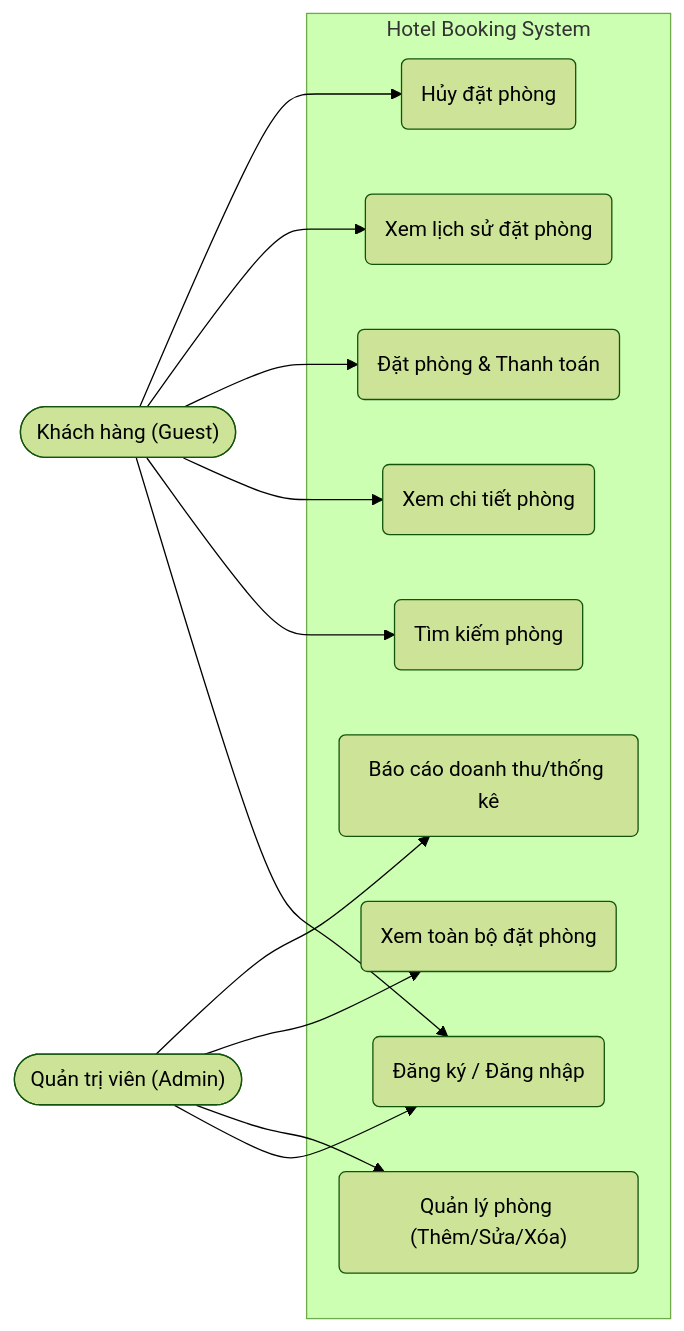
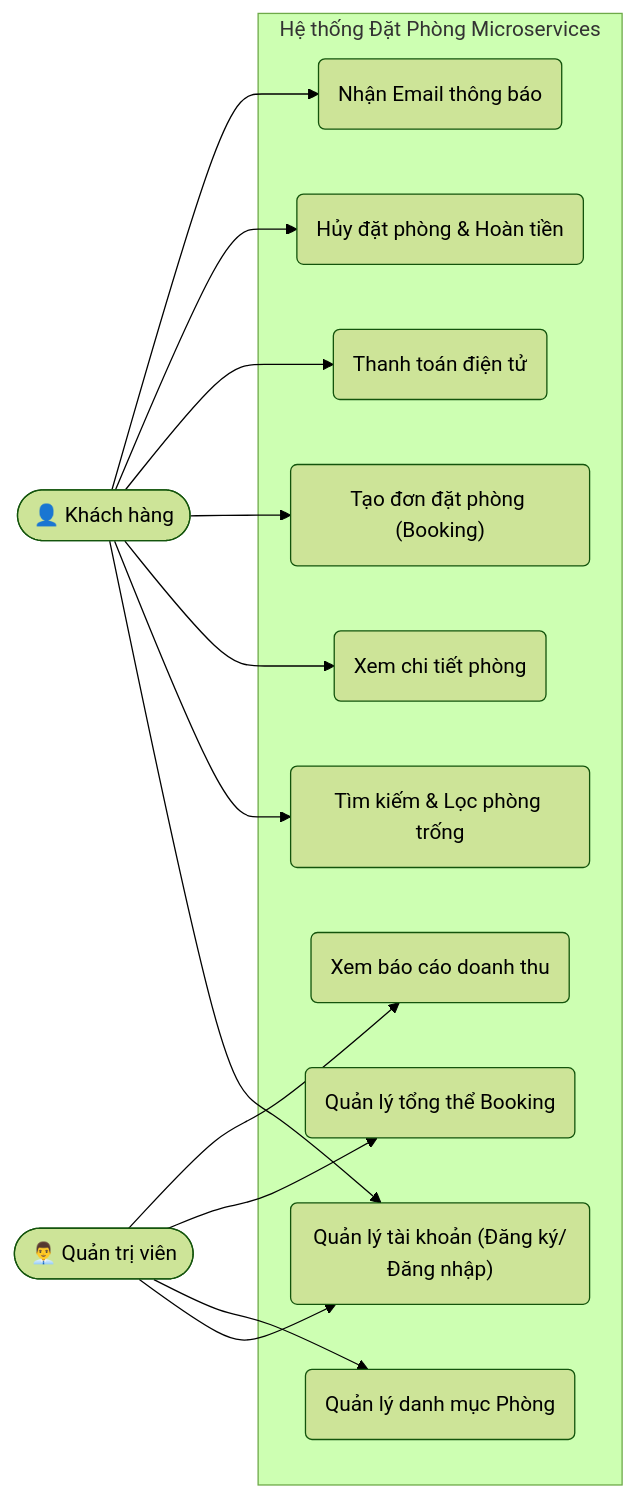
Before and after one commit to DUYSKY12/ex: the first of 5 diagrams in docs/analysis-and-design.md, drawn with Mermaid (forest theme). The commit also changed other lines of this file, not shown here.

````diff
--- a/docs/analysis-and-design.md
+++ b/docs/analysis-and-design.md
@@ -29,34 +50,36 @@
 ```mermaid
 flowchart LR
     %% Actors
-    Guest(["Khách hàng (Guest)"])
-    Admin(["Quản trị viên (Admin)"])
+    Guest(["👤 Khách hàng"])
+    Admin(["👨‍💼 Quản trị viên"])
 
     %% System Boundary
-    subgraph Hotel Booking System
-        UC1("Đăng ký / Đăng nhập")
-        UC2("Tìm kiếm phòng")
+    subgraph Hệ thống Đặt Phòng Microservices
+        UC1("Quản lý tài khoản (Đăng ký/Đăng nhập)")
+        UC2("Tìm kiếm & Lọc phòng trống")
         UC3("Xem chi tiết phòng")
-        UC4("Đặt phòng & Thanh toán")
-        UC5("Xem lịch sử đặt phòng")
-        UC6("Hủy đặt phòng")
+        UC4("Tạo đơn đặt phòng (Booking)")
+        UC5("Thanh toán điện tử")
+        UC6("Hủy đặt phòng & Hoàn tiền")
+        UC7("Nhận Email thông báo")
         
-        UC7("Quản lý phòng (Thêm/Sửa/Xóa)")
-        UC8("Xem toàn bộ đặt phòng")
-        UC9("Báo cáo doanh thu/thống kê")
+        UC8("Quản lý danh mục Phòng")
+        UC9("Quản lý tổng thể Booking")
+        UC10("Xem báo cáo doanh thu")
     end
 
     %% Guest relationships
     Guest --> UC1
     Guest --> UC2
     Guest --> UC3
     Guest --> UC4
     Guest --> UC5
     Guest --> UC6
+    Guest --> UC7
 
     %% Admin relationships
     Admin --> UC1
-    Admin --> UC7
     Admin --> UC8
     Admin --> UC9
+    Admin --> UC10
 ```
````
